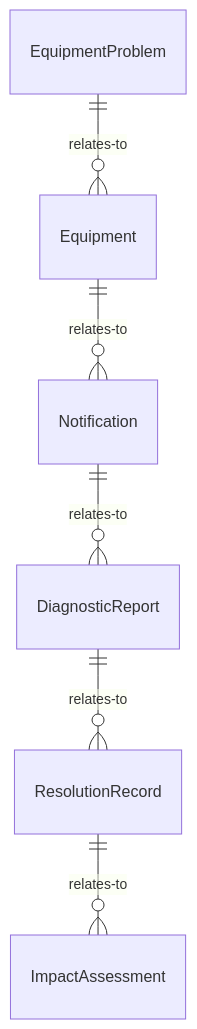
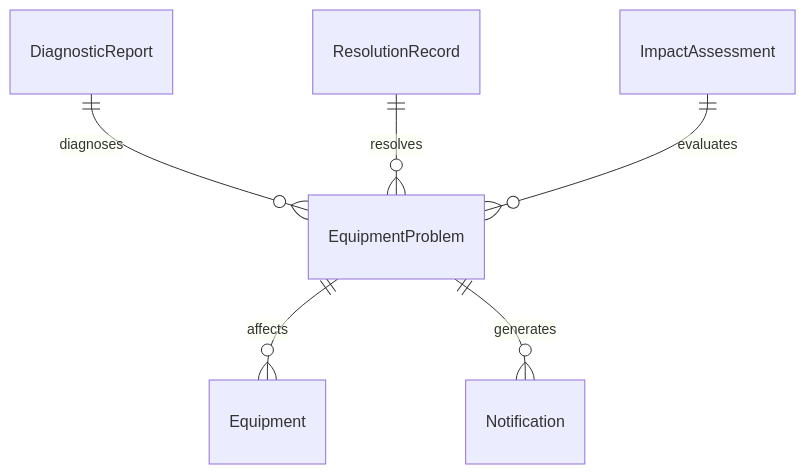
Before and after one commit to dot-org-ai/tasks.org.ai: the first of 4 diagrams in CommunicatingWithSupervisorsPeersOrSubordinates/NotifyOthersOfEmergenciesOrProblems/NotifyOthersEquipmentProblems.mdx, drawn with Mermaid. The commit also changed other lines of this file and 515 other files, not shown here.

````diff
--- a/CommunicatingWithSupervisorsPeersOrSubordinates/NotifyOthersOfEmergenciesOrProblems/NotifyOthersEquipmentProblems.mdx
+++ b/CommunicatingWithSupervisorsPeersOrSubordinates/NotifyOthersOfEmergenciesOrProblems/NotifyOthersEquipmentProblems.mdx
@@ -84,8 +84,8 @@
 ```mermaid
 erDiagram
-    EquipmentProblem ||--o{ Equipment : relates-to
-    Equipment ||--o{ Notification : relates-to
-    Notification ||--o{ DiagnosticReport : relates-to
-    DiagnosticReport ||--o{ ResolutionRecord : relates-to
-    ResolutionRecord ||--o{ ImpactAssessment : relates-to
+    EquipmentProblem ||--o{ Equipment : affects
+    EquipmentProblem ||--o{ Notification : generates
+    DiagnosticReport ||--o{ EquipmentProblem : diagnoses
+    ResolutionRecord ||--o{ EquipmentProblem : resolves
+    ImpactAssessment ||--o{ EquipmentProblem : evaluates
 ```
````
